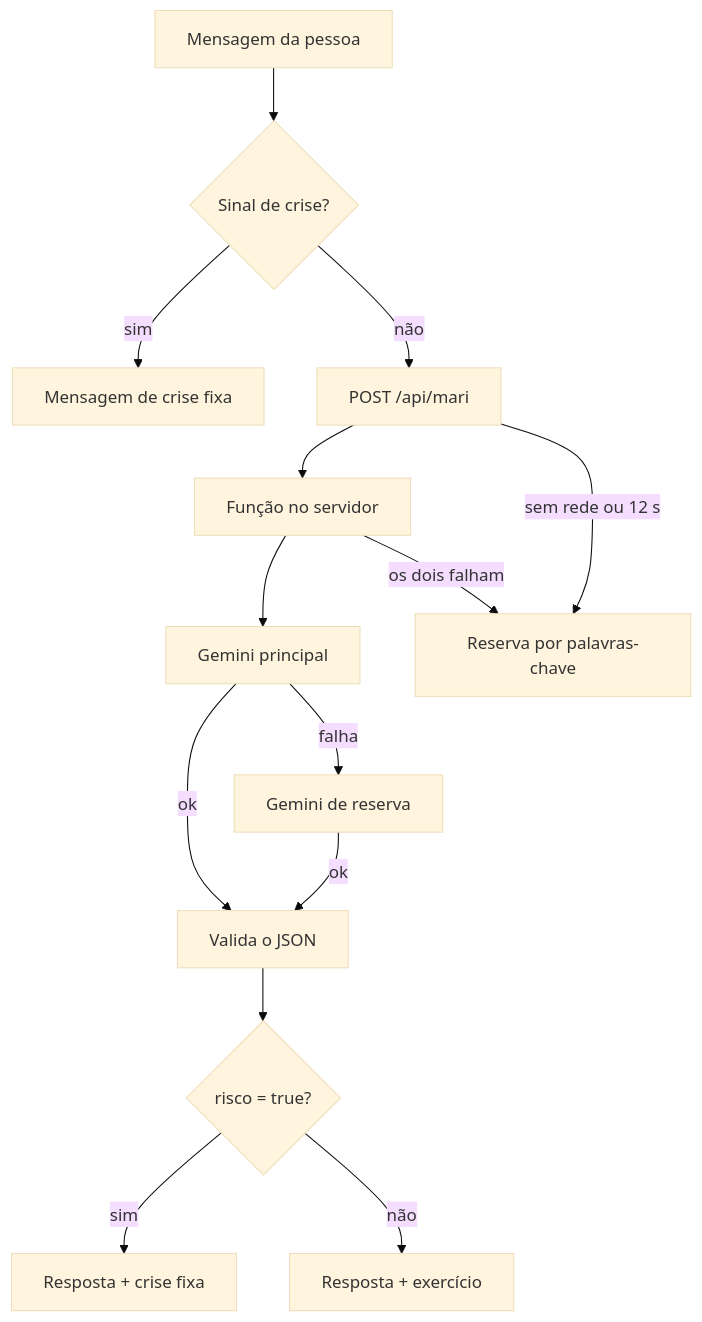
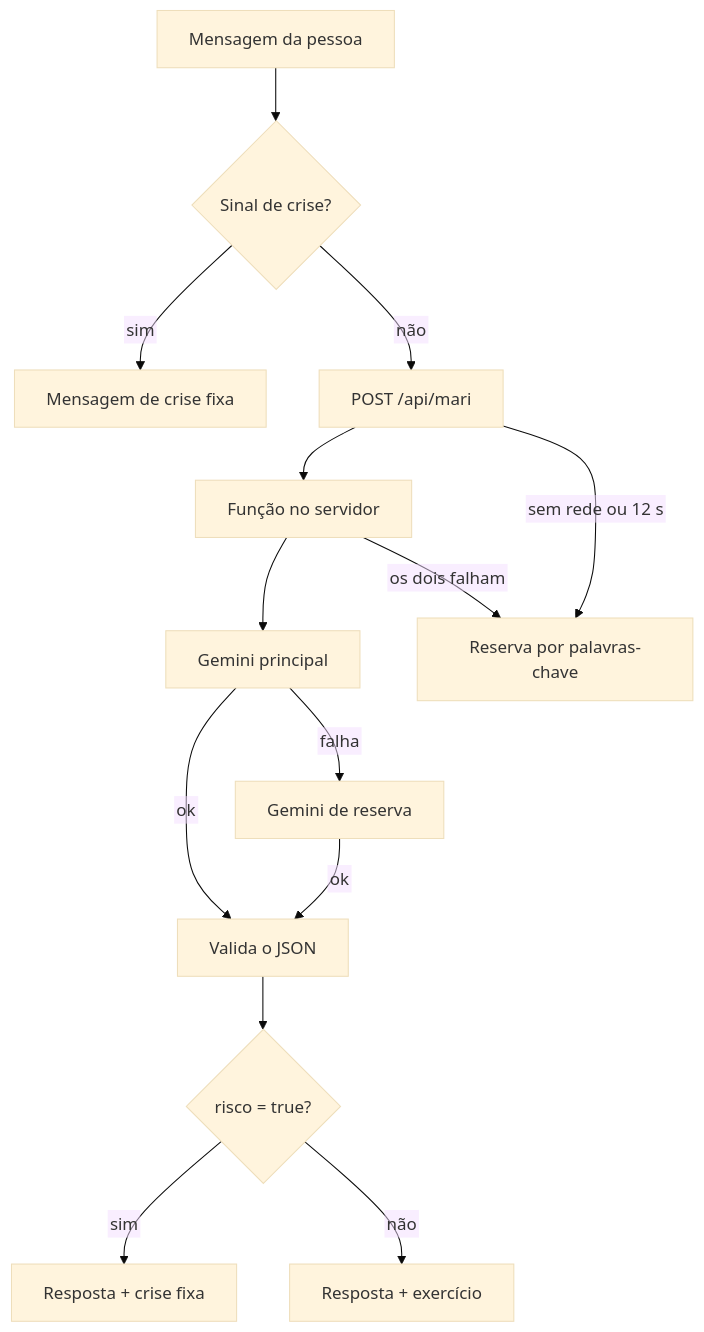
One commit to MERECHIA/mari-assistente changed the diagram in README.md. Above: the diagram before and after it, drawn with Mermaid (base theme).

Commit message:
Update README with architecture diagram

````diff
--- a/README.md
+++ b/README.md
@@ -33,16 +33,17 @@
 ```mermaid
+%%{init: {"flowchart": {"htmlLabels": false}} }%%
 flowchart TD
     A[Mensagem da pessoa] --> B{Sinal de crise?}
     B -- sim --> C[Mensagem de crise fixa]
     B -- não --> D[POST /api/mari]
     D --> E[Função no servidor]
     E --> F[Gemini principal]
     F -- falha --> G[Gemini de reserva]
     F -- ok --> H[Valida o JSON]
     G -- ok --> H
     H --> I{risco = true?}
     I -- sim --> J[Resposta + crise fixa]
     I -- não --> K[Resposta + exercício]
     E -- os dois falham --> L[Reserva por palavras-chave]
     D -- sem rede ou 12 s --> L
 ```
````
